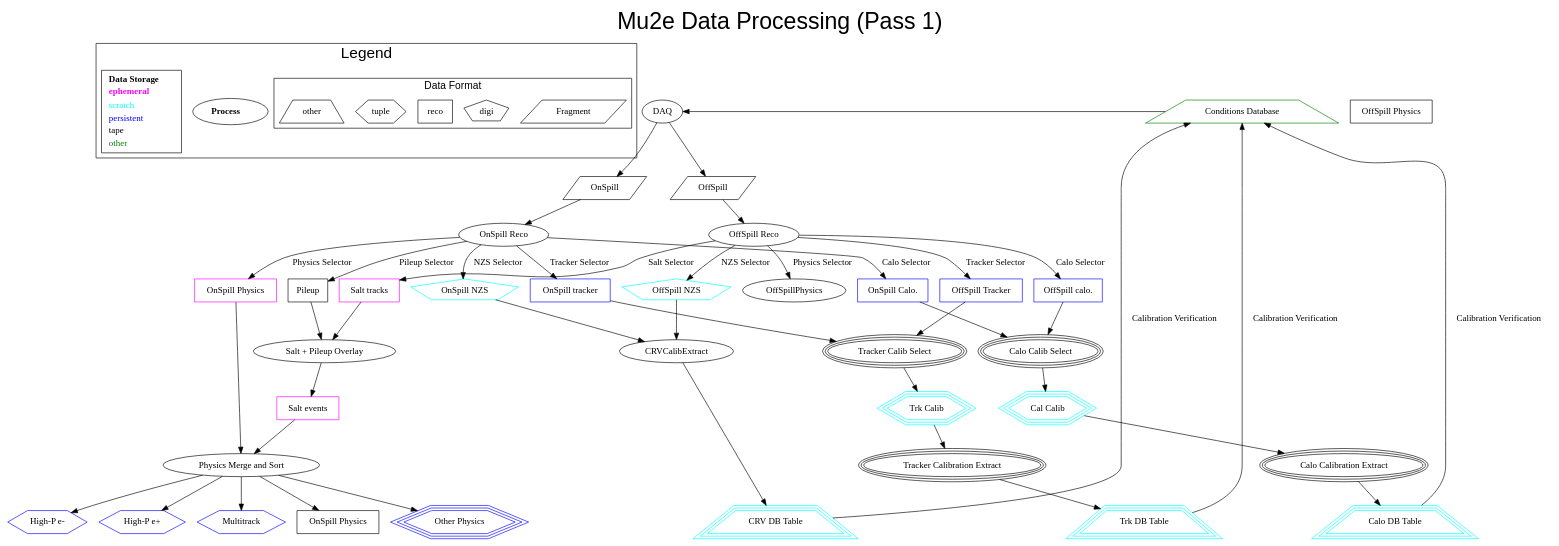
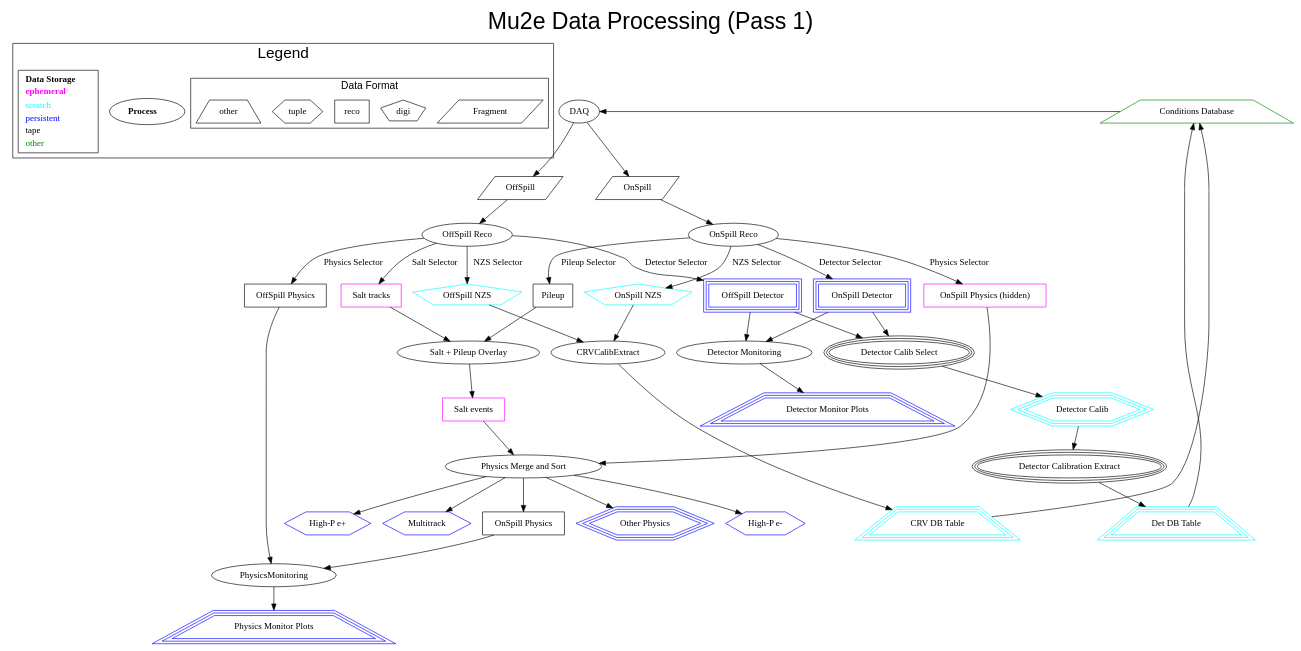
Before and after one commit to sophiemiddleton/Production: the diagram in JobConfig/doc/pass1.dot, drawn with Graphviz.

Commit message:
Consolidate Trk and Calo

```diff
--- a/JobConfig/doc/pass1.dot
+++ b/JobConfig/doc/pass1.dot
@@ -34,84 +34,72 @@
 
   }
 
-  DAQ [ label = "DAQ",
-      shape= ellipse
+  DAQ [
+    label = "DAQ",
+          shape= ellipse
   ];
   ConditionsDB [ label = "Conditions Database",
-  shape = trapezium, color=green
+               shape = trapezium, color=green
   ];
   ConditionsDB -> DAQ [constraint=false];
   {rank=same ConditionsDB DAQ};
 
   // primary inputs, from DAQ
-  OffSpillFragments
-    [
+  OffSpillFragments [
     label = "OffSpill",
           shape = parallelogram
-    ];
-  OnSpillFragments
-    [
+  ];
+  OnSpillFragments [
     label = "OnSpill",
           shape = parallelogram
-    ]
+  ]
   DAQ->OffSpillFragments
   DAQ->OnSpillFragments
   // temporary on-disk samples
   //  - ephemeral collections, e.g. salt
   //  - accumulating collections, e.g. reconstructed signal-likes
-  OnSpillPhysics
-    [
-    label = "OnSpill Physics",
-          shape = box,
-          color="fuchsia"
-    ];
-  OffSpillPhysis
-    [
+  OnSpillHidden [
+    label = "OnSpill Physics (hidden)",
+    shape = box,
+    color="fuchsia"
+  ];
+  OffSpillPhysics [
     label = "OffSpill Physics",
-          shape = box,
-          color="black"
-    ];
-  SaltTracks
-    [
+    shape = box,
+    color="black"
+  ];
+  SaltTracks [
     label = "Salt tracks",
-          shape = box,
-          color="fuchsia"
-    ];
+    shape = box,
+    color="fuchsia"
+  ];
   SaltEvents [
     label = "Salt events",
-          shape = box,
-          color="fuchsia"
-    ];
-  OffSpillTrackerCalib [
-    label = "OffSpill Tracker",
-          shape = box,
-          color="blue"
-    ];
-  OffSpillCaloCalib [
-    label = "OffSpill calo.",
-          shape = box,
-          color="blue"
-    ];
-  OnSpillTrackerCalib [
-    label = "OnSpill tracker",
-          shape = box,
-          color="blue"
-    ];
-  OnSpillCaloCalib [
-    label = "OnSpill Calo.",
-          shape = box,
-          color="blue"
-    ];
+    shape = box,
+    color="fuchsia"
+  ];
+  OffSpillDetectorCalib [
+    label = "OffSpill Detector",
+    shape = box,
+    peripheries=3,
+    color="blue"
+  ];
+  OnSpillDetectorCalib [
+    label = "OnSpill Detector",
+    shape = box,
+    peripheries=3,
+    color="blue"
+  ];
   OnSpillNZS [
     label = "OnSpill NZS",
-          shape=pentagon,
-          color="cyan"
-    ];
+    shape=pentagon,
+    color="cyan"
+  ];
   OffSpillNZS [
     label = "OffSpill NZS",
-          shape=pentagon,
-          color="cyan"
-    ];
+    shape=pentagon,
+    color="cyan"
+  ];
   Other [
     label = "Other Physics"
       shape = hexagon,
@@ -123,22 +111,22 @@
     label = "High-P e-",
           shape = hexagon,
           color = blue
-    ];
+  ];
   HighPPositive [
     label = "High-P e+",
           shape = hexagon,
           color = blue
-    ];
+  ];
   MultiTrack [
     label = "Multitrack",
           shape = hexagon,
           color = blue
-    ];
-  OnSpill [
+  ];
+  OnSpillPhysics [
     label = "OnSpill Physics",
           shape = box,
           color = black
-    ];
+  ];
 
   // TODO
   // monitoring /ation plots and database
@@ -148,81 +136,80 @@
     label = "Pileup",
           shape = box
   ];
-  TrkCalib [
-    label = "Trk Calib",
-          shape = hexagon,
-          peripheries=3,
-          color=cyan
+  DetCalib [
+    label = "Detector Calib",
+    shape = hexagon,
+    peripheries=3,
+    color=cyan
   ];
-  TrkDBTable [
-    label = "Trk DB Table",
+
+  DetMonPlots [
+    label = "Detector Monitor Plots",
+    shape = trapezium,
+    peripheries=3,
+    color=blue
+  ];
+
+  PhysMonPlots [
+    label = "Physics Monitor Plots",
+    shape = trapezium,
+    peripheries=3,
+    color=blue
+  ];
+
+  DetDBTable [
+    label = "Det DB Table",
           shape = trapezium,
           peripheries=3,
           color=cyan
   ];
 
-  CaloCalib [
-    label = "Cal Calib",
-          shape = hexagon,
-          peripheries=3,
-          color=cyan
-  ];
-  CaloDBTable [
-    label = "Calo DB Table",
-          shape = trapezium,
-          peripheries=3,
-          color=cyan
-  ];
   CRVDBTable [
     label = "CRV DB Table",
           shape = trapezium,
           peripheries=3,
           color=cyan
   ];
- {rank=same TrkDBTable CaloDBTable CRVDBTable}
+  {rank=same DetDBTable CRVDBTable}
   {rank=same OffSpillPhysics };
 
   // online high-level processing blocks
   OffSpillReco [
     label = "OffSpill Reco"
       shape = oval
-    ];
+  ];
   OnSpillReco [
     label = "OnSpill Reco"
       shape = oval
-    ];
+  ];
 
   // offline high-level processing blocks
-  TrackerCalibSelect [
-    label = "Tracker Calib Select",
+  DetectorCalibSelect [
+    label = "Detector Calib Select",
           peripheries=3,
           shape = oval
-    ];
-  CaloCalibSelect [
-    label = "Calo Calib Select",
+  ];
+
+  DetectorCalibExtract [
+    label = "Detector Calibration Extract",
           peripheries=3,
           shape = oval
-    ];
+  ];
 
-  TrackerCalibExtract [
-    label = "Tracker Calibration Extract",
-          peripheries=3,
-          shape = oval
-    ];
-  CaloCalibExtract [
-    label = "Calo Calibration Extract",
-          peripheries=3,
-          shape = oval
-    ];
+  DetectorMonitoring [
+    label = "Detector Monitoring",
+    shape = oval
+  ];
+
 
   SaltOverlay [
     label = "Salt + Pileup Overlay",
           shape = oval
-    ];
+  ];
   PhysicsMerging [
     label = "Physics Merge and Sort",
           shape = oval
-    ];
+  ];
 
   // TODO
   //ation processors and preprocessors
@@ -234,47 +221,50 @@
   // ejc: no offSpill ``physics'' sample here?
   OffSpillReco -> OffSpillPhysics [label="Physics Selector"];
   OffSpillReco -> SaltTracks [label="Salt Selector" ];
-  OffSpillReco -> OffSpillTrackerCalib [label="Tracker Selector"];
-  OffSpillReco -> OffSpillCaloCalib [label="Calo Selector"];
+  OffSpillReco -> OffSpillDetectorCalib [label="Detector Selector"];
   OffSpillReco -> OffSpillNZS [label="NZS Selector"];
 
-  OnSpillReco -> OnSpillPhysics [label="Physics Selector"];
+  OnSpillReco -> OnSpillHidden [label="Physics Selector"];
   OnSpillReco -> Pileup [label="Pileup Selector"];
-  OnSpillReco -> OnSpillTrackerCalib [label="Tracker Selector"];
-  OnSpillReco -> OnSpillCaloCalib [label="Calo Selector"];
+  OnSpillReco -> OnSpillDetectorCalib [label="Detector Selector"];
   OnSpillReco -> OnSpillNZS [label="NZS Selector"];
 
-  OffSpillTrackerCalib    -> TrackerCalibSelect;
-  OnSpillTrackerCalib     -> TrackerCalibSelect;
-  OffSpillCaloCalib       -> CaloCalibSelect;
-  OnSpillCaloCalib        -> CaloCalibSelect;
+  OffSpillDetectorCalib    -> DetectorCalibSelect;
+  OnSpillDetectorCalib     -> DetectorCalibSelect;
 
-  TrackerCalibSelect ->TrkCalib;
-  TrkCalib -> TrackerCalibExtract;
-  TrackerCalibExtract -> TrkDBTable
-  TrkDBTable -> ConditionsDB [label="Calibration Verification"]
+  OffSpillDetectorCalib    -> DetectorMonitoring
+  OnSpillDetectorCalib     -> DetectorMonitoring;
 
-  CaloCalibSelect -> CaloCalib;
-  CaloCalib -> CaloCalibExtract;
-  CaloCalibExtract -> CaloDBTable
-  CaloDBTable -> ConditionsDB [label="Calibration Verification"]
+  DetectorCalibSelect ->DetCalib;
+  DetCalib -> DetectorCalibExtract;
+  DetectorCalibExtract -> DetDBTable;
+//  DetDBTable -> ConditionsDB [label="Calibration Verification"];
+  DetDBTable -> ConditionsDB;
+
+  DetectorMonitoring -> DetMonPlots;
 
   OffSpillNZS -> CRVCalibExtract;
   OnSpillNZS -> CRVCalibExtract;
-  CRVCalibExtract -> CRVDBTable
-  CRVDBTable -> ConditionsDB [label="Calibration Verification"]
+  CRVCalibExtract -> CRVDBTable;
+//  CRVDBTable -> ConditionsDB [label="Calibration Verification"];
+  CRVDBTable -> ConditionsDB;
 
   SaltTracks        -> SaltOverlay;
   Pileup -> SaltOverlay;
   SaltOverlay       -> SaltEvents;
 
 
-  OnSpillPhysics       -> PhysicsMerging;
+  OnSpillHidden       -> PhysicsMerging;
   SaltEvents         -> PhysicsMerging;
 
-  PhysicsMerging -> OnSpill
+  PhysicsMerging -> OnSpillPhysics;
   PhysicsMerging -> HighPNegative;
   PhysicsMerging -> HighPPositive;
   PhysicsMerging -> MultiTrack;
   PhysicsMerging -> Other;
+
+  OffSpillPhysics -> PhysicsMonitoring;
+  OnSpillPhysics -> PhysicsMonitoring;
+  PhysicsMonitoring -> PhysMonPlots;
+
 }
```
